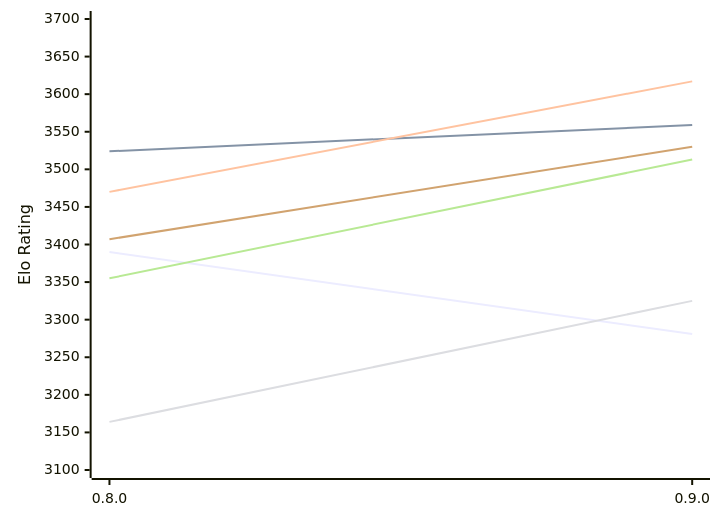
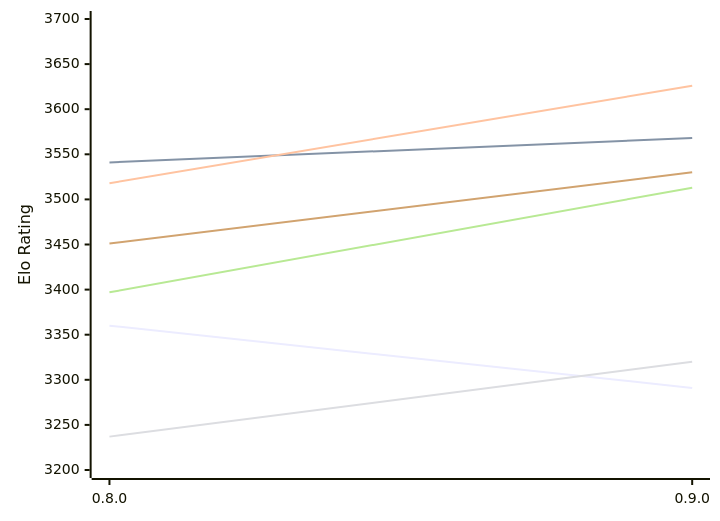
One commit to computer-chess-index/cci changed the first of 2 diagrams in engines/Motor.md. Above: the diagram before and after it, drawn with Mermaid. The commit also changed other lines of this file, not shown here.

Commit message:
Update CCI Ratings (ELO VLTC) - 2026-11-16

````diff
--- a/engines/Motor.md
+++ b/engines/Motor.md
@@ -51,12 +51,12 @@
 ```mermaid
 %%{init: {"theme":"base","themeVariables":{"seriesColors:['#a3a3a3','#222221','#faa371']}}}%%
 xychart-beta
   x-axis ["0.8.0", "0.9.0"]
-  y-axis "Elo Rating" 3100 --> 3700
-  line "E1: STC (8.0+0.08s)" [3390, 3281]
-  line "E1: LTC (60.0+0.60s)" [3524, 3559]
-  line "E1: VLTC (2m24s+1.12s)" [3470, 3617]
-  line "P1: STC (8.0+0.08s)" [3164, 3325]
-  line "P1: LTC (60.0+0.60s)" [3355, 3513]
-  line "P1: VLTC (2m24s+1.12s)" [3407, 3530]
+  y-axis "Elo Rating" 3200 --> 3700
+  line "E1: STC (8.0+0.08s)" [3360, 3291]
+  line "E1: LTC (60.0+0.60s)" [3541, 3568]
+  line "E1: VLTC (2m24s+1.12s)" [3518, 3626]
+  line "P1: STC (8.0+0.08s)" [3237, 3320]
+  line "P1: LTC (60.0+0.60s)" [3397, 3513]
+  line "P1: VLTC (2m24s+1.12s)" [3451, 3530]
 ```
````
